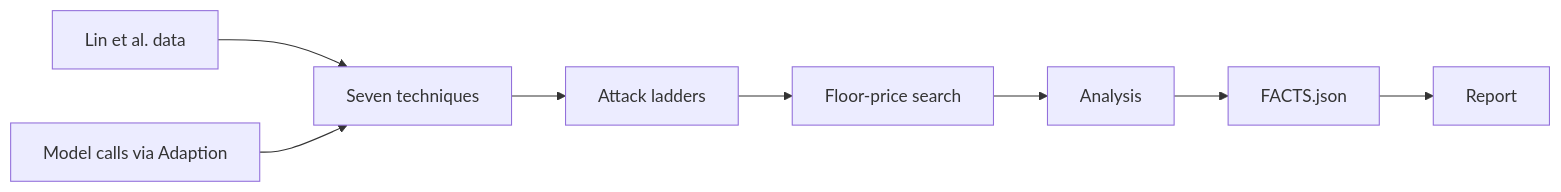
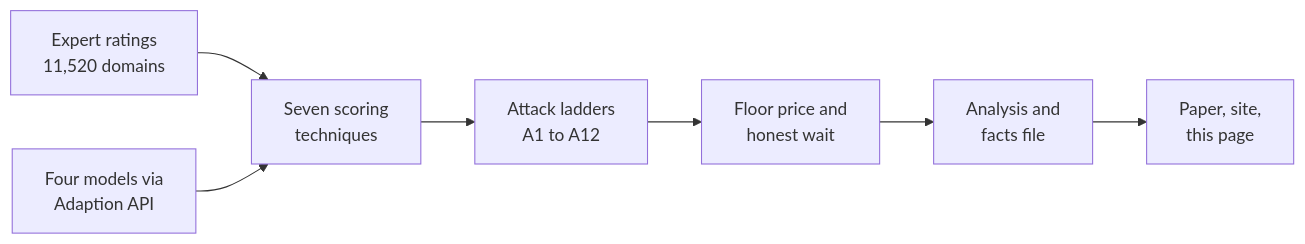
Before and after one commit to 0xkinno/floorprice: the diagram in README.md, drawn with Mermaid. The commit also changed other lines of this file and 9 other files, not shown here.

Commit message:
Remove review brackets; final PDF; rewritten README rendered from FACTS; publish paper on site

````diff
--- a/README.md
+++ b/README.md
@@ -55,10 +53,9 @@
 ```mermaid
 flowchart LR
-  D[Lin et al. data] --> T[Seven techniques]
-  M[Model calls via Adaption] --> T
-  T --> A[Attack ladders]
-  A --> F[Floor-price search]
-  F --> N[Analysis]
-  N --> J[FACTS.json]
-  J --> R[Report]
+  A[Expert ratings<br/>11,520 domains] --> B[Seven scoring<br/>techniques]
+  M[Four models via<br/>Adaption API] --> B
+  B --> C[Attack ladders<br/>A1 to A12]
+  C --> D[Floor price and<br/>honest wait]
+  D --> E[Analysis and<br/>facts file]
+  E --> F[Paper, site,<br/>this page]
 ```
````
